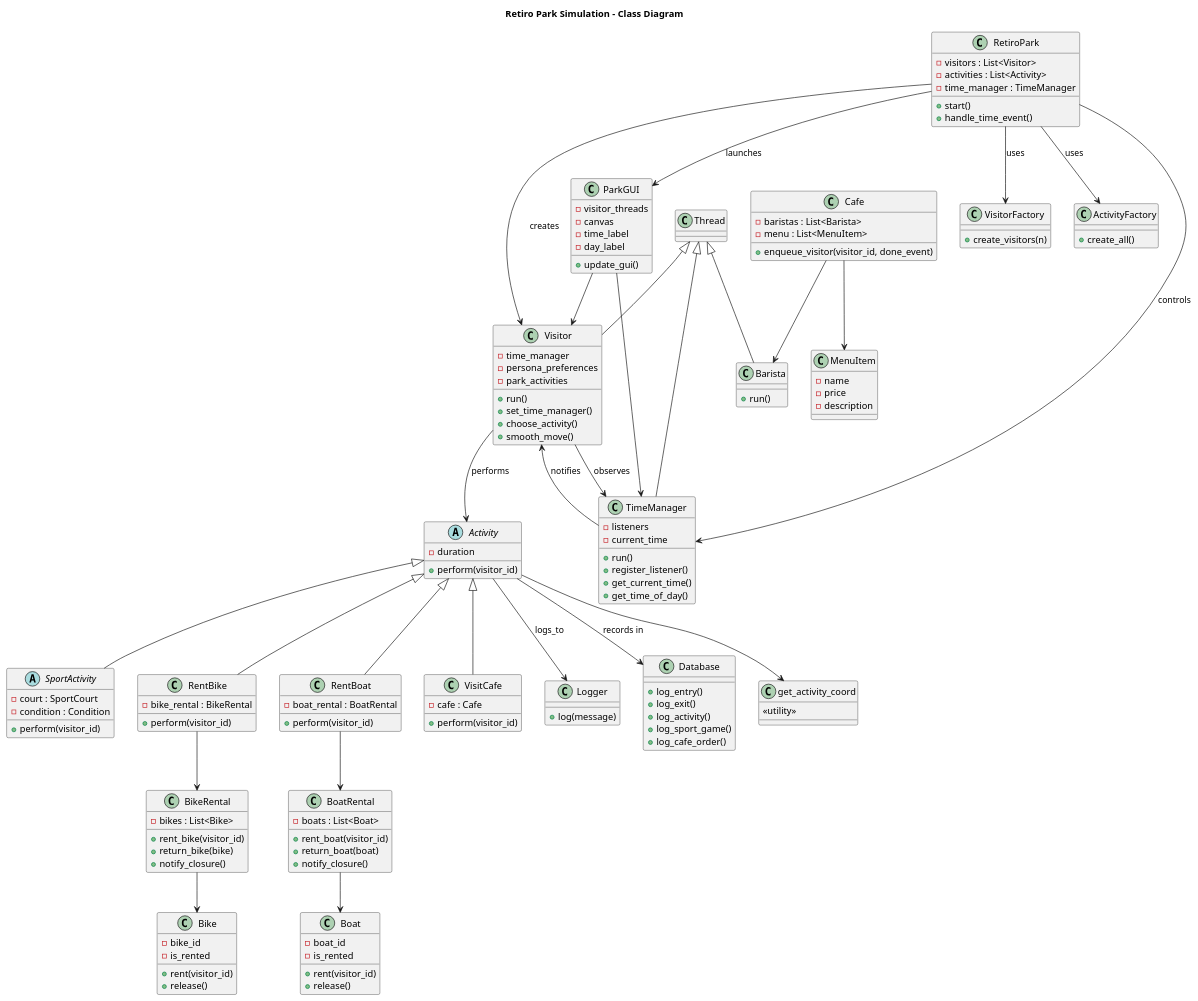
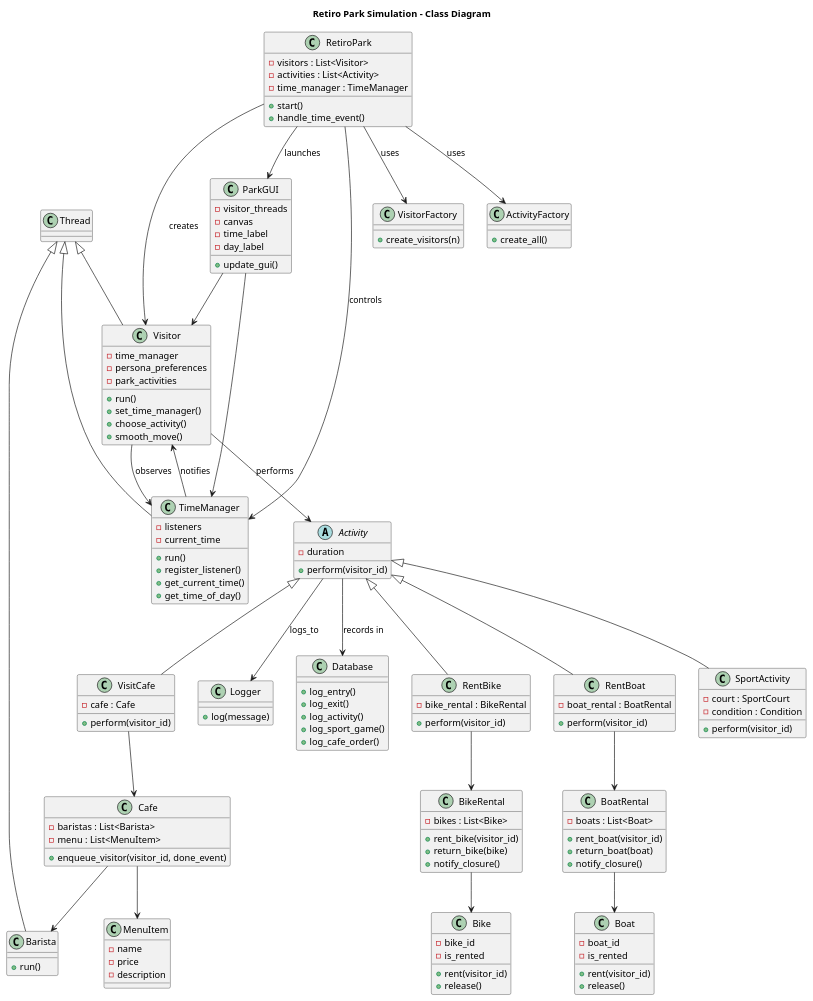
One commit to ClaraLopez1/retiro-park-simulation changed the diagram in Utils/uml.puml. Above: the diagram before and after it, drawn with PlantUML. The commit also changed 14 other files, not shown here.

```diff
--- a/Utils/uml.puml
+++ b/Utils/uml.puml
@@ -1,163 +1,160 @@
 @startuml
 title Retiro Park Simulation - Class Diagram
 
 ' THREADS
 class Visitor {
     +run()
     +set_time_manager()
     +choose_activity()
     +smooth_move()
     -time_manager
     -persona_preferences
     -park_activities
 }
 Visitor -up-|> Thread
 
 class TimeManager {
     +run()
     +register_listener()
     +get_current_time()
     +get_time_of_day()
     -listeners
     -current_time
 }
 TimeManager -up-|> Thread
 
 ' FACTORIES
 class RetiroPark {
     -visitors : List<Visitor>
     -activities : List<Activity>
     -time_manager : TimeManager
     +start()
     +handle_time_event()
 }
 class VisitorFactory {
     +create_visitors(n)
 }
 class ActivityFactory {
     +create_all()
 }
 RetiroPark --> ParkGUI : launches
 RetiroPark --> VisitorFactory: uses
 RetiroPark --> ActivityFactory: uses
 RetiroPark --> TimeManager: controls
 RetiroPark --> Visitor : creates
 
 ' ACTIVITIES
 abstract class Activity {
     +perform(visitor_id)
     -duration
 }
 
-abstract class SportActivity {
+class SportActivity {
     +perform(visitor_id)
     -court : SportCourt
     -condition : Condition
 }
 SportActivity -up-|> Activity
 
 class RentBike {
     +perform(visitor_id)
     -bike_rental : BikeRental
 }
 RentBike -up-|> Activity
 
 class RentBoat {
     +perform(visitor_id)
     -boat_rental : BoatRental
 }
 RentBoat -up-|> Activity
 
 class VisitCafe {
     +perform(visitor_id)
     -cafe : Cafe
 }
 VisitCafe -up-|> Activity
+VisitCafe --> Cafe
 
 ' RENTAL SYSTEM - BIKES
 class Bike {
     +rent(visitor_id)
     +release()
     -bike_id
     -is_rented
 }
 class BikeRental {
     +rent_bike(visitor_id)
     +return_bike(bike)
     +notify_closure()
     -bikes : List<Bike>
 }
 BikeRental --> Bike
 RentBike --> BikeRental
 
 ' RENTAL SYSTEM - BOATS
 class Boat {
     +rent(visitor_id)
     +release()
     -boat_id
     -is_rented
 }
 class BoatRental {
     +rent_boat(visitor_id)
     +return_boat(boat)
     +notify_closure()
     -boats : List<Boat>
 }
 BoatRental --> Boat
 RentBoat --> BoatRental
 
 ' CAFES
 class Cafe {
     +enqueue_visitor(visitor_id, done_event)
     -baristas : List<Barista>
     -menu : List<MenuItem>
 }
 class Barista {
     +run()
 }
 Barista -up-|> Thread
 Cafe --> Barista
 
 class MenuItem {
     -name
     -price
     -description
 }
 Cafe --> MenuItem
 
 ' METRICS (abstracted)
 class Logger {
     +log(message)
 }
 class Database {
     +log_entry()
     +log_exit()
     +log_activity()
     +log_sport_game()
     +log_cafe_order()
 }
 
 Visitor --> Activity : performs
 Visitor --> TimeManager : observes
 TimeManager --> Visitor : notifies
 Activity --> Logger: logs_to
 Activity --> Database: records in
 
 ' === UI SECTION ===
 class ParkGUI {
     +update_gui()
     -visitor_threads
     -canvas
     -time_label
     -day_label
 }
 
 ParkGUI --> Visitor
 ParkGUI --> TimeManager
 
-class get_activity_coord {
-    <<utility>>
-}
-Activity --> get_activity_coord
 
 @enduml
```
